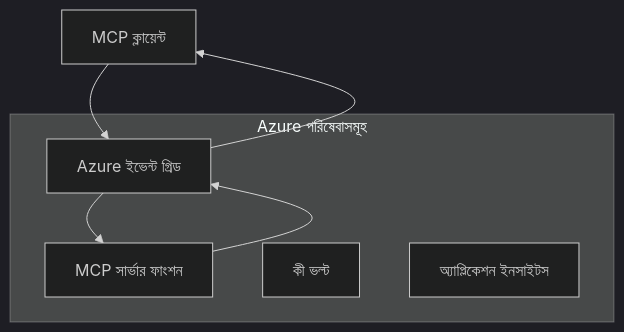
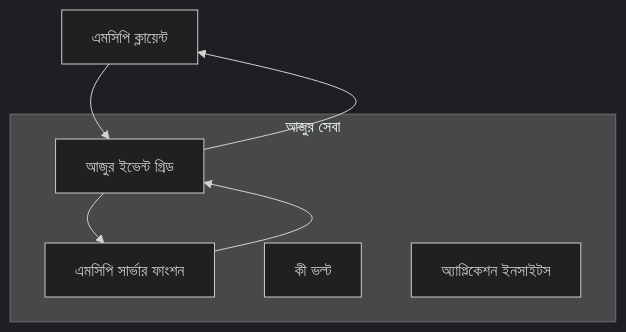
Before and after one commit to HIDORAKAI002/ai-workspace-archive: the first of 2 diagrams in mcp_ecosystem__model_context_protocol/mcp_learning_resources/mcp-for-beginners/translations/bn/05-AdvancedTopics/mcp-transport/README.md, drawn with Mermaid (dark theme). The commit also changed other lines of this file and 1046 other files, not shown here.

````diff
--- a/mcp_ecosystem__model_context_protocol/mcp_learning_resources/mcp-for-beginners/translations/bn/05-AdvancedTopics/mcp-transport/README.md
+++ b/mcp_ecosystem__model_context_protocol/mcp_learning_resources/mcp-for-beginners/translations/bn/05-AdvancedTopics/mcp-transport/README.md
@@ -58,14 +60,14 @@
 ```mermaid
 graph TB
-    Client[MCP ক্লায়েন্ট] --> EG[Azure ইভেন্ট গ্রিড]
-    EG --> Server[MCP সার্ভার ফাংশন]
+    Client[এমসিপি ক্লায়েন্ট] --> EG[আজুর ইভেন্ট গ্রিড]
+    EG --> Server[এমসিপি সার্ভার ফাংশন]
     Server --> EG
     EG --> Client
     
-    subgraph "Azure পরিষেবাসমূহ"
+    subgraph "আজুর সেবা"
         EG
         Server
         KV[কী ভল্ট]
         Monitor[অ্যাপ্লিকেশন ইনসাইটস]
     end
 ```
````
